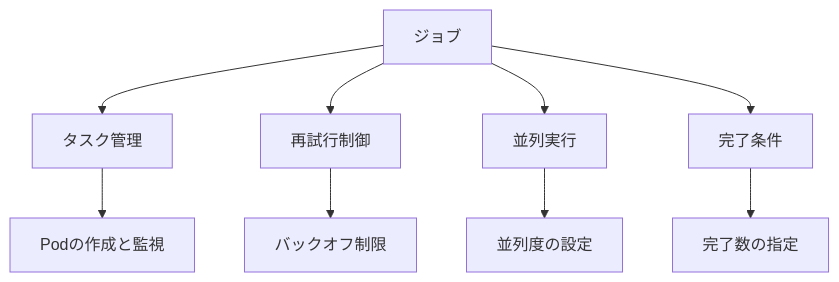
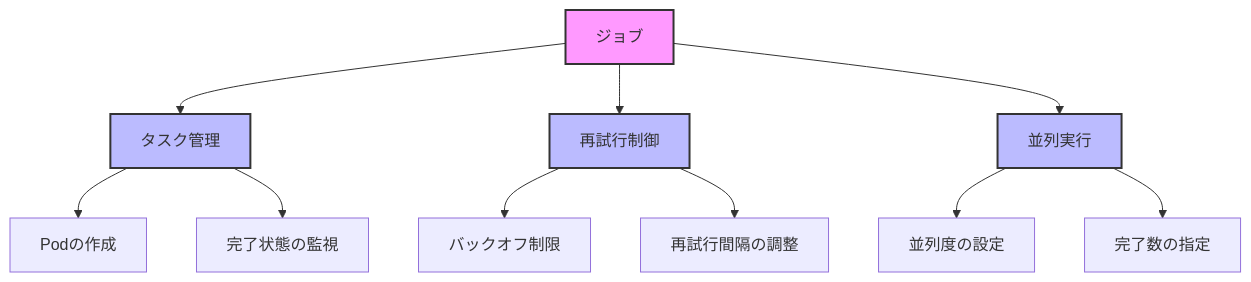
Before and after one commit to haruka-aibara/haruka-aibara: the diagram in docs/Kubernetes/04_アプリケーションの実行/04-05_ジョブ.md, drawn with Mermaid. The commit also changed other lines of this file and 37 other files, not shown here.

````diff
--- a/docs/Kubernetes/04_アプリケーションの実行/04-05_ジョブ.md
+++ b/docs/Kubernetes/04_アプリケーションの実行/04-05_ジョブ.md
@@ -58,12 +57,20 @@
 ```mermaid
 graph TD
     A[ジョブ] --> B[タスク管理]
     A --> C[再試行制御]
     A --> D[並列実行]
-    A --> E[完了条件]
     
-    B --> F[Podの作成と監視]
+    B --> E[Podの作成]
+    B --> F[完了状態の監視]
+    
     C --> G[バックオフ制限]
-    D --> H[並列度の設定]
-    E --> I[完了数の指定]
+    C --> H[再試行間隔の調整]
+    
+    D --> I[並列度の設定]
+    D --> J[完了数の指定]
+    
+    style A fill:#f9f,stroke:#333,stroke-width:2px
+    style B fill:#bbf,stroke:#333,stroke-width:2px
+    style C fill:#bbf,stroke:#333,stroke-width:2px
+    style D fill:#bbf,stroke:#333,stroke-width:2px
 ```
````
